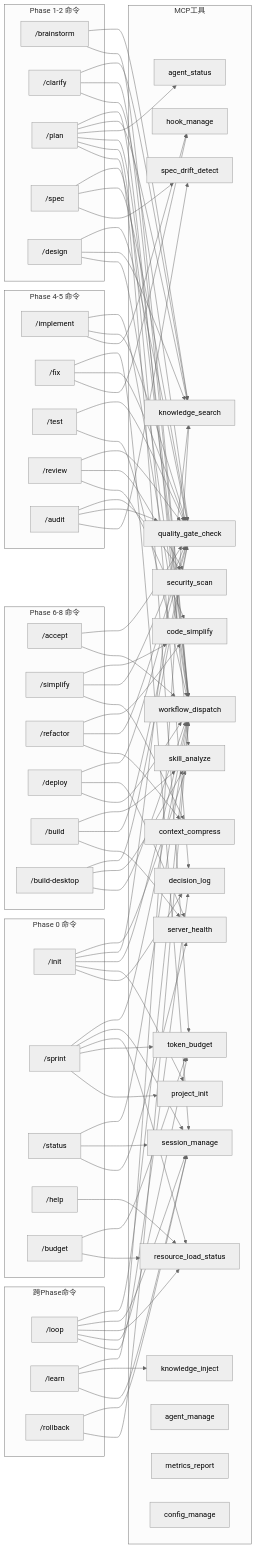
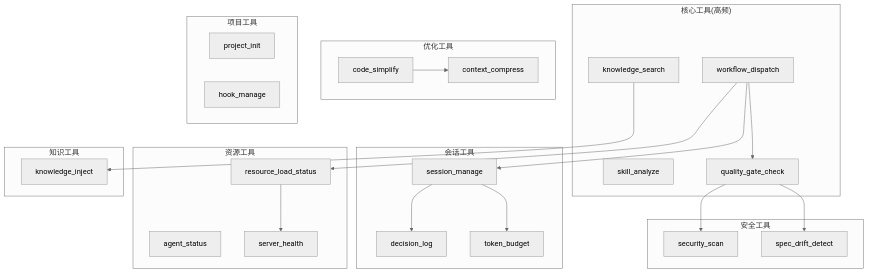
The third of 3 diagrams in docs/plan/SKILL_REVIEW.md (xuanyuanchumo/xuansto), drawn with Mermaid (neutral theme) before and after one commit. The commit also changed other lines of this file and 138 other files, not shown here.

````diff
--- a/docs/plan/SKILL_REVIEW.md
+++ b/docs/plan/SKILL_REVIEW.md
@@ -584,93 +381,51 @@
 ```mermaid
-graph LR
-    subgraph "Phase 0 命令"
-        INIT["/init"]
-        SPRINT["/sprint"]
-        STATUS["/status"]
-        HELP["/help"]
-        BUDGET_CMD["/budget"]
+graph TD
+    subgraph "核心工具(高频)"
+        SA[skill_analyze]
+        WD[workflow_dispatch]
+        QGC[quality_gate_check]
+        KS[knowledge_search]
     end
 
-    subgraph "Phase 1-2 命令"
-        BRAINSTORM["/brainstorm"]
-        CLARIFY["/clarify"]
-        PLAN["/plan"]
-        SPEC["/spec"]
-        DESIGN["/design"]
+    subgraph "安全工具"
+        SS[security_scan]
+        SDD[spec_drift_detect]
     end
 
-    subgraph "Phase 4-5 命令"
-        IMPLEMENT["/implement"]
-        FIX["/fix"]
-        TEST["/test"]
-        REVIEW["/review"]
-        AUDIT["/audit"]
+    subgraph "会话工具"
+        SM[session_manage]
+        DL[decision_log]
+        TB[token_budget]
     end
 
-    subgraph "Phase 6-8 命令"
-        ACCEPT["/accept"]
-        SIMPLIFY["/simplify"]
-        REFACTOR["/refactor"]
-        DEPLOY["/deploy"]
-        BUILD["/build"]
-        BUILD_DESK["/build-desktop"]
+    subgraph "资源工具"
+        RLS[resource_load_status]
+        AS[agent_status]
+        SH[server_health]
     end
 
-    subgraph "跨Phase命令"
-        LOOP["/loop"]
-        LEARN["/learn"]
-        ROLLBACK["/rollback"]
+    subgraph "优化工具"
+        CS[code_simplify]
+        CC[context_compress]
     end
 
-    subgraph "MCP工具"
-        SA["skill_analyze"]
-        KS["knowledge_search"]
-        QG["quality_gate_check"]
-        WD["workflow_dispatch"]
-        AS["agent_status"]
-        SS["security_scan"]
-        SD["spec_drift_detect"]
-        CS["code_simplify"]
-        SM["session_manage"]
-        HM["hook_manage"]
-        RLS["resource_load_status"]
-        CC["context_compress"]
-        SH["server_health"]
-        DL["decision_log"]
-        TB["token_budget"]
-        PI["project_init"]
-        KI["knowledge_inject"]
-        AM["agent_manage"]
-        MR["metrics_report"]
-        CM["config_manage"]
+    subgraph "知识工具"
+        KI[knowledge_inject]
     end
 
-    INIT --> SA & KS & WD & PI & DL
-    SPRINT --> WD & SM & RLS & TB & PI
-    STATUS --> WD & SM & SH
-    HELP --> RLS
-    BUDGET_CMD --> TB & RLS
+    subgraph "项目工具"
+        PI[project_init]
+        HM[hook_manage]
+    end
 
-    BRAINSTORM --> KS & WD
-    CLARIFY --> KS & WD & QG
-    PLAN --> SA & KS & AS & WD & DL & TB
-    SPEC --> WD & QG & SD
-    DESIGN --> QG & KS & WD
-
-    IMPLEMENT --> WD & QG & HM
-    FIX --> SM & QG & HM
-    TEST --> QG & WD
-    REVIEW --> QG & SS & CS
-    AUDIT --> SS & QG & SD
-
-    ACCEPT --> QG & WD
-    SIMPLIFY --> CS & QG & CC
-    REFACTOR --> CS & QG & CC
-    DEPLOY --> QG & SH & WD
-    BUILD --> SA & QG & SH
-    BUILD_DESK --> QG & SA & WD
-
-    LOOP --> WD & SM & RLS & TB & DL
-    LEARN --> KS & KI & SM
-    ROLLBACK --> SM & WD
+    WD --> QGC
+    WD --> SM
+    WD --> RLS
+    QGC --> SS
+    QGC --> SDD
+    KS --> KI
+    SM --> DL
+    SM --> TB
+    RLS --> SH
+    CS --> CC
 ```
````
